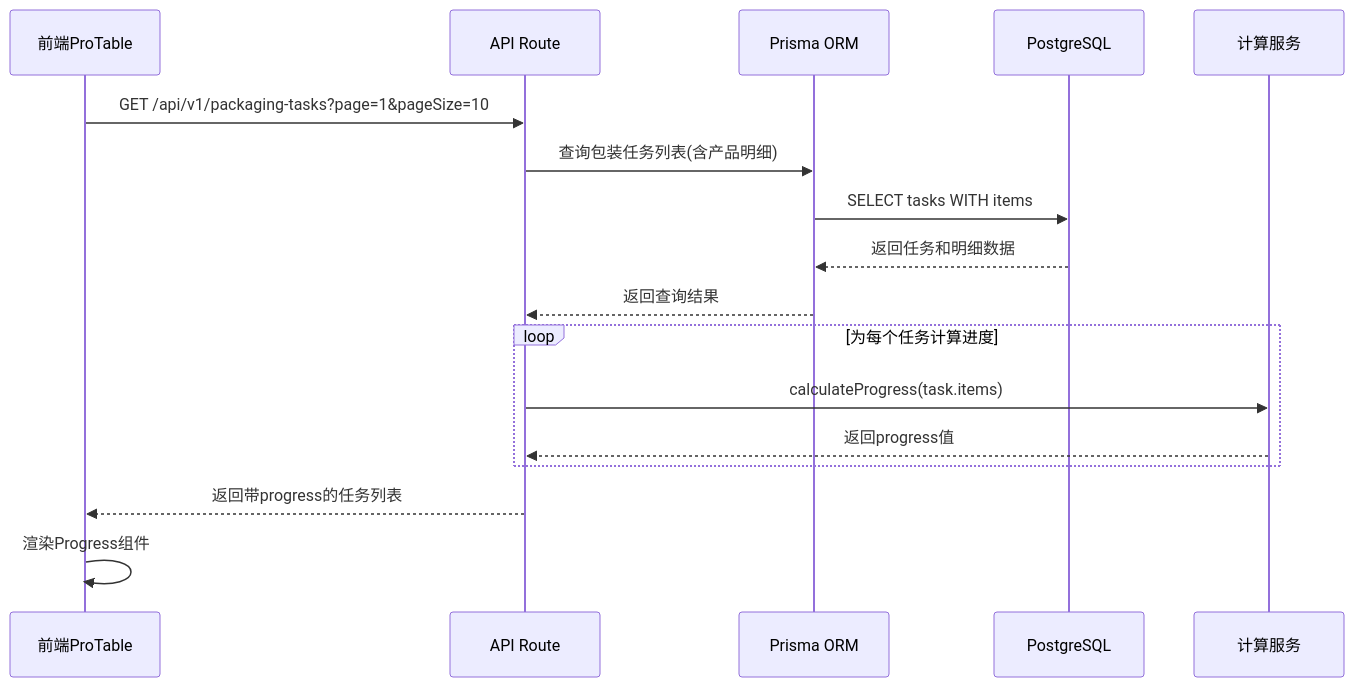
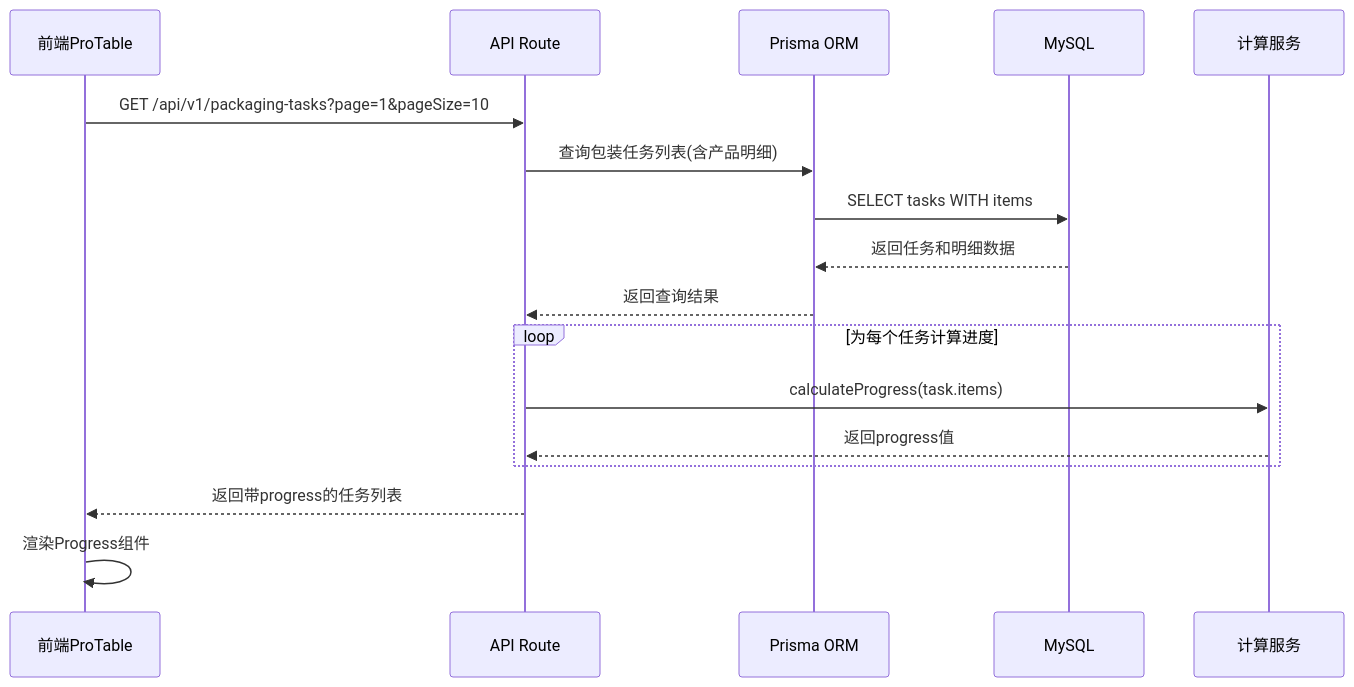
Before and after one commit to rn1024/easy-erp-web: the third of 3 diagrams in docs/包装任务进度实时计算/DESIGN_包装任务进度实时计算.md, drawn with Mermaid. The commit also changed other lines of this file and 20 other files, not shown here.

````diff
--- a/docs/包装任务进度实时计算/DESIGN_包装任务进度实时计算.md
+++ b/docs/包装任务进度实时计算/DESIGN_包装任务进度实时计算.md
@@ -178,22 +177,22 @@
 ```mermaid
 sequenceDiagram
     participant F as 前端ProTable
     participant A as API Route
     participant P as Prisma ORM
-    participant D as PostgreSQL
+    participant D as MySQL
     participant C as 计算服务
     
     F->>A: GET /api/v1/packaging-tasks?page=1&pageSize=10
     A->>P: 查询包装任务列表(含产品明细)
     P->>D: SELECT tasks WITH items
     D-->>P: 返回任务和明细数据
     P-->>A: 返回查询结果
     
     loop 为每个任务计算进度
         A->>C: calculateProgress(task.items)
         C-->>A: 返回progress值
     end
     
     A-->>F: 返回带progress的任务列表
     F->>F: 渲染Progress组件
 ```
````
